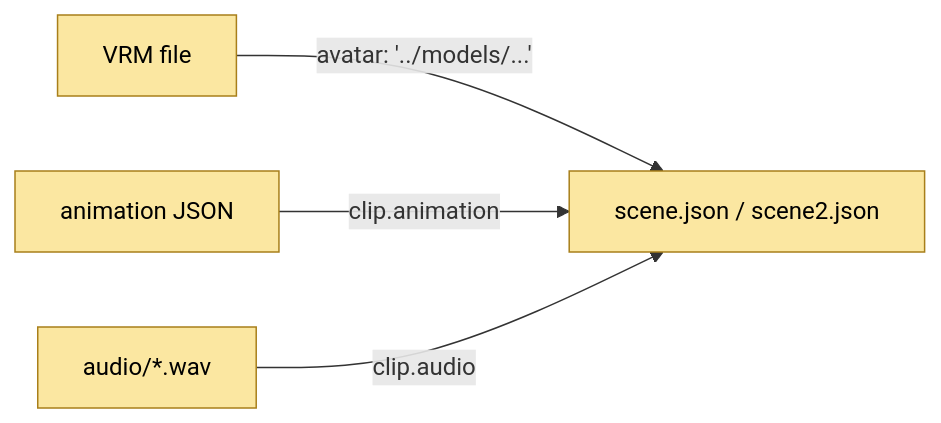
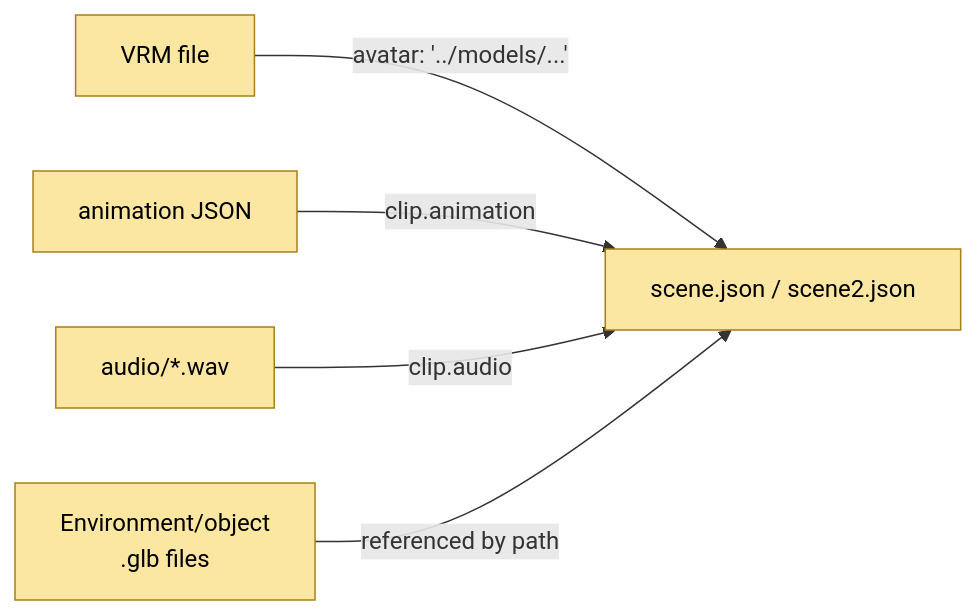
The sixth of 8 diagrams in docs/TECH_PIPELINE.md (SBU-VRET/VRET-Project), drawn with Mermaid before and after one commit. The commit also changed other lines of this file and 8 other files, not shown here.

````diff
--- a/docs/TECH_PIPELINE.md
+++ b/docs/TECH_PIPELINE.md
@@ -108,9 +111,10 @@
 ```mermaid
 flowchart LR
     VRM["VRM file"] -->|"avatar: '../models/...'"| SceneJSON["scene.json / scene2.json"]
     RuntimeJSON["animation JSON"] -->|"clip.animation"| SceneJSON
     WAV["audio/*.wav"] -->|"clip.audio"| SceneJSON
+    GLB["Environment/object<br/>.glb files"] -->|"referenced by path"| SceneJSON
 
     classDef artifact fill:#fbe7a1,stroke:#a87f1a,stroke-width:1px,color:#000;
-    class VRM,SceneJSON,RuntimeJSON,WAV artifact
+    class VRM,SceneJSON,RuntimeJSON,WAV,GLB artifact
 ```
````
